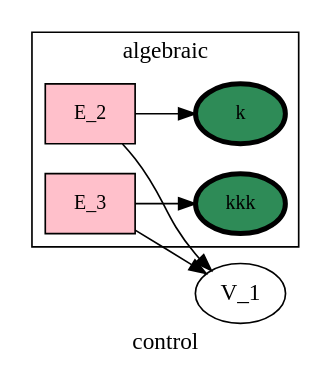
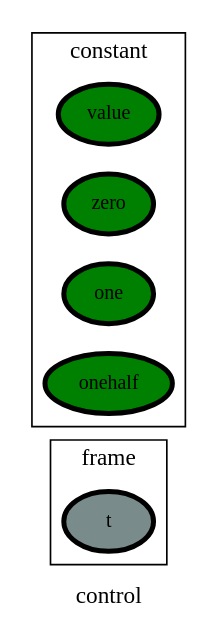
The diagram in ontology_graphs/graph__control.dot (heinz-preisig/processes_distributed_no_interface_eqs), drawn with Graphviz before and after one commit. The commit also changed 88 other files, not shown here.

```diff
--- a/ontology_graphs/graph__control.dot
+++ b/ontology_graphs/graph__control.dot
@@ -1,57 +1,54 @@
 digraph control {
 label=control;
 rankdir=LR;
 subgraph cluster_control___dataFlow {
 label=dataFlow;
 rankdir=LR;
 }
 
 subgraph cluster_control___input {
 label=input;
 rankdir=LR;
 }
 
 subgraph cluster_control___output {
 label=output;
 rankdir=LR;
 }
 
 subgraph cluster_control___network {
 label=network;
 rankdir=LR;
 }
 
 subgraph cluster_control___frame {
 label=frame;
 rankdir=LR;
+V_5 [fillcolor=lightcyan4, fontsize=12, label=t, penwidth=3, style=filled];
 }
 
 subgraph cluster_control___state {
 label=state;
 rankdir=LR;
 }
 
 subgraph cluster_control___constant {
 label=constant;
 rankdir=LR;
+V_1 [fillcolor=green, fontsize=12, label=value, penwidth=3, style=filled];
+V_2 [fillcolor=green, fontsize=12, label=zero, penwidth=3, style=filled];
+V_3 [fillcolor=green, fontsize=12, label=one, penwidth=3, style=filled];
+V_4 [fillcolor=green, fontsize=12, label=onehalf, penwidth=3, style=filled];
 }
 
 subgraph cluster_control___diffState {
 label=diffState;
 rankdir=LR;
 }
 
-E_2 -> V_1  [splines=ortho];
-E_3 -> V_1  [splines=ortho];
 subgraph cluster_control___algebraic {
 label=algebraic;
 rankdir=LR;
-V_3 [fillcolor=seagreen, fontsize=12, label=k, penwidth=3, style=filled];
-V_4 [fillcolor=seagreen, fontsize=12, label=kkk, penwidth=3, style=filled];
-E_2 [fillcolor=pink, fontsize=12, shape=box, style=filled];
-E_2 -> V_3  [splines=ortho];
-E_3 [fillcolor=pink, fontsize=12, shape=box, style=filled];
-E_3 -> V_4  [splines=ortho];
 }
 
 }
```
